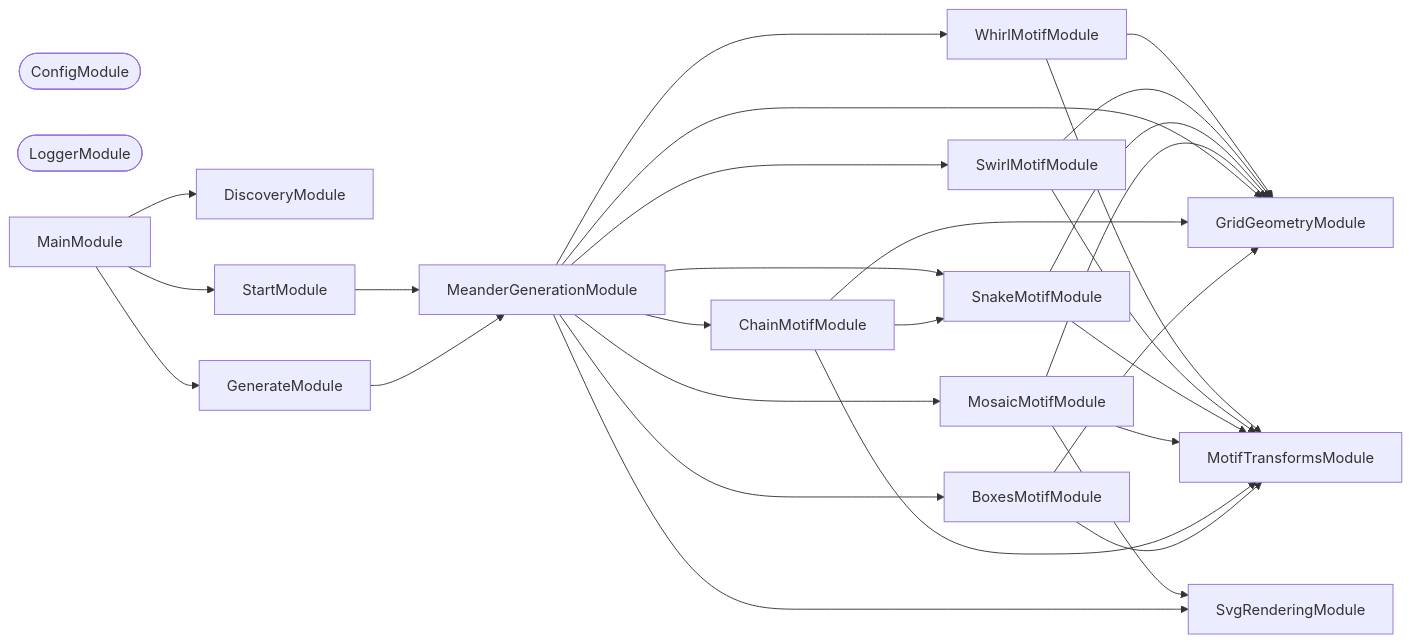
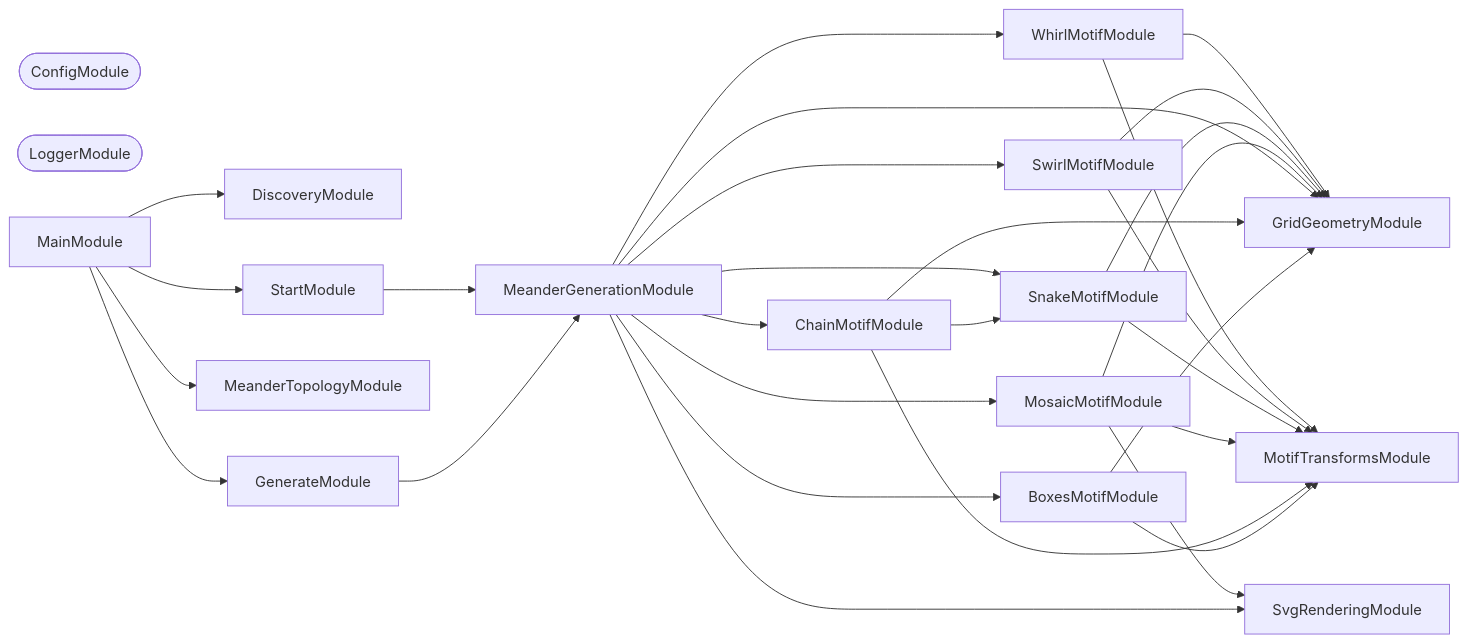
The second of 3 diagrams in applications/meanderaw/README.md (JimmyPaolini/codebase), drawn with Mermaid before and after one commit. The commit also changed other lines of this file and 3 other files, not shown here.

````diff
--- a/applications/meanderaw/README.md
+++ b/applications/meanderaw/README.md
@@ -472,46 +472,48 @@
 ```mermaid
 flowchart LR
   BoxesMotifModule
   ChainMotifModule
   ConfigModule([ConfigModule])
   DiscoveryModule
   GenerateModule
   GridGeometryModule
   LoggerModule([LoggerModule])
   MainModule
   MeanderGenerationModule
+  MeanderTopologyModule
   MosaicMotifModule
   MotifTransformsModule
   SnakeMotifModule
   StartModule
   SvgRenderingModule
   SwirlMotifModule
   WhirlMotifModule
   BoxesMotifModule --> GridGeometryModule
   BoxesMotifModule --> MotifTransformsModule
   ChainMotifModule --> GridGeometryModule
   ChainMotifModule --> MotifTransformsModule
   ChainMotifModule --> SnakeMotifModule
   GenerateModule --> MeanderGenerationModule
   MainModule --> DiscoveryModule
   MainModule --> GenerateModule
+  MainModule --> MeanderTopologyModule
   MainModule --> StartModule
   MeanderGenerationModule --> BoxesMotifModule
   MeanderGenerationModule --> ChainMotifModule
   MeanderGenerationModule --> GridGeometryModule
   MeanderGenerationModule --> MosaicMotifModule
   MeanderGenerationModule --> SnakeMotifModule
   MeanderGenerationModule --> SvgRenderingModule
   MeanderGenerationModule --> SwirlMotifModule
   MeanderGenerationModule --> WhirlMotifModule
   MosaicMotifModule --> GridGeometryModule
   MosaicMotifModule --> MotifTransformsModule
   MosaicMotifModule --> SvgRenderingModule
   SnakeMotifModule --> GridGeometryModule
   SnakeMotifModule --> MotifTransformsModule
   StartModule --> MeanderGenerationModule
   SwirlMotifModule --> GridGeometryModule
   SwirlMotifModule --> MotifTransformsModule
   WhirlMotifModule --> GridGeometryModule
   WhirlMotifModule --> MotifTransformsModule
 ```
````
